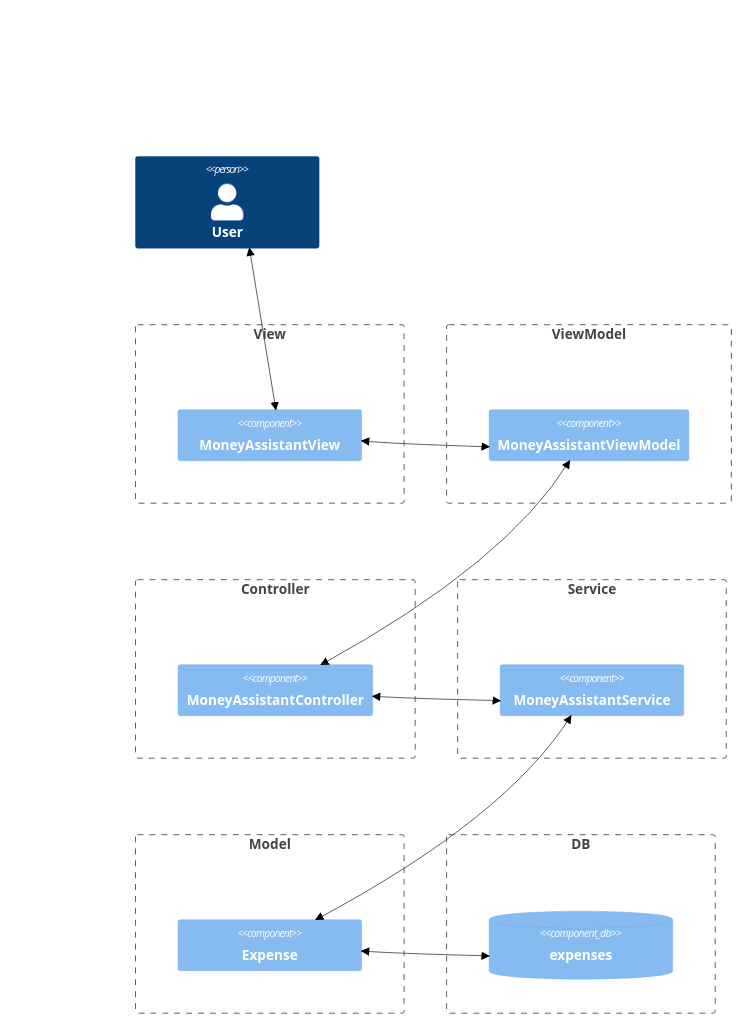
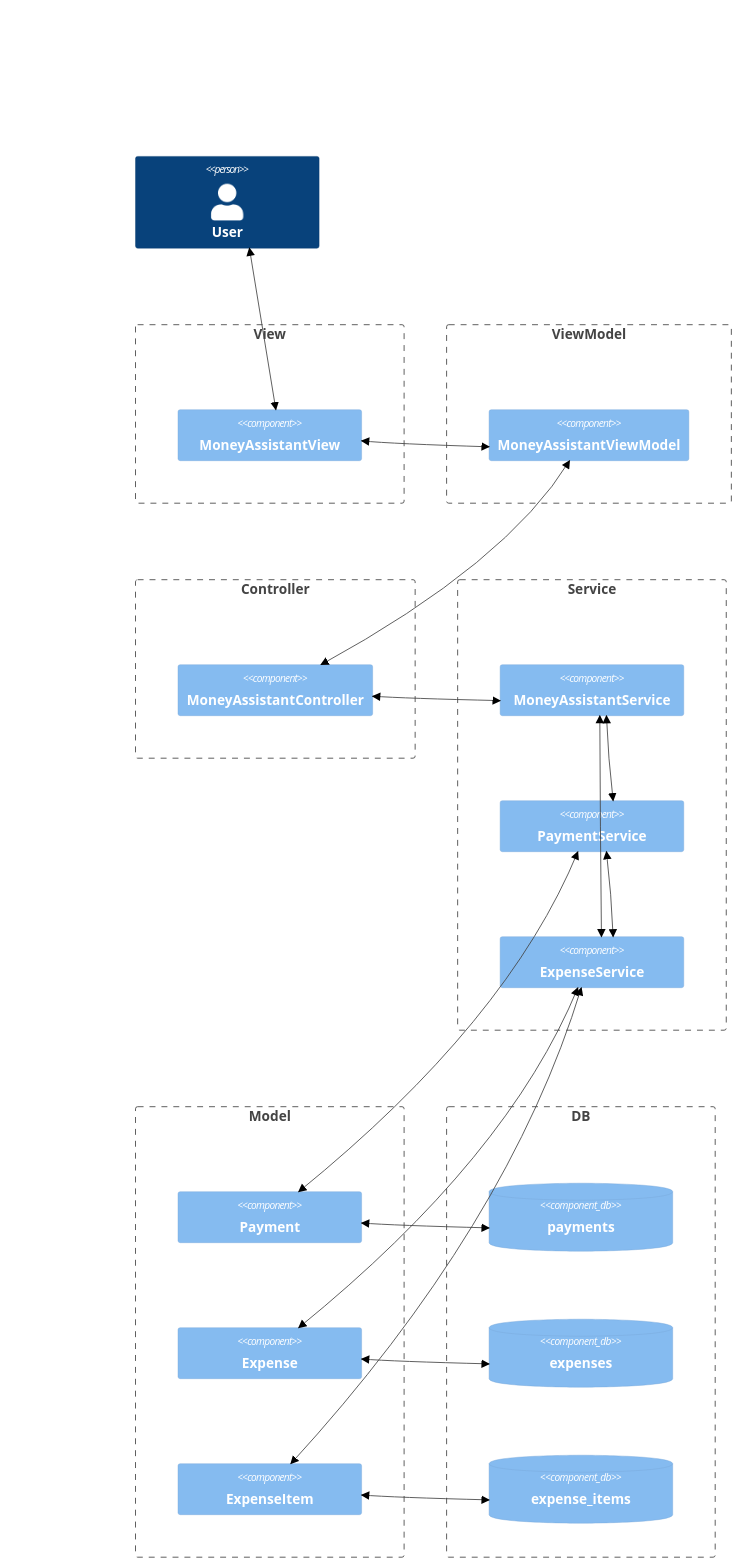
One commit to PONzu-0529/ponzu0529-niconico changed the second of 4 diagrams in Doc/MoneyAssistant.md. Above: the diagram before and after it, drawn with Mermaid (forest theme). The commit also changed other lines of this file, not shown here.

Commit message:
Update Document for MoneyAssistant #107

````diff
--- a/Doc/MoneyAssistant.md
+++ b/Doc/MoneyAssistant.md
@@ -43,35 +43,60 @@
 ```mermaid
 C4Context
   Person(user, "User", "")
 
   Boundary(view, "View", "") {
     Component(money_assistant_view, "MoneyAssistantView", "", "")
   }
 
   Boundary(view_model, "ViewModel", "") {
     Component(money_assistant_view_model, "MoneyAssistantViewModel", "", "")
   }
 
   Boundary(controller, "Controller", "") {
     Component(money_assistant_controller, "MoneyAssistantController", "", "")
   }
 
   Boundary(service, "Service", "") {
     Component(money_assistant_service, "MoneyAssistantService", "", "")
+
+    Component(payment_service, "PaymentService", "", "")
+
+    Component(expense_service, "ExpenseService", "", "")
   }
 
   Boundary(model, "Model", "") {
+    Component(model-payment, "Payment", "", "")
+
     Component(model-expense, "Expense", "", "")
+
+    Component(model-expense_item, "ExpenseItem", "", "")
   }
 
   Boundary(db, "DB", "") {
+    ComponentDb(db-payments, "payments", "", "")
+
     ComponentDb(db-expenses, "expenses", "", "")
+
+    ComponentDb(db-expense_items, "expense_items", "", "")
   }
 
   BiRel(user, money_assistant_view, "", "")
+
   BiRel(money_assistant_view, money_assistant_view_model, "", "")
+
   BiRel(money_assistant_view_model, money_assistant_controller, "", "")
+
   BiRel(money_assistant_controller, money_assistant_service, "", "")
-  BiRel(money_assistant_service, model-expense, "", "")
+
+  BiRel(money_assistant_service, expense_service, "", "")
+  BiRel(money_assistant_service, payment_service, "", "")
+  BiRel(expense_service, payment_service, "", "")
+
+  BiRel(payment_service, model-payment, "", "")
+  BiRel(expense_service, model-expense, "", "")
+  BiRel(expense_service, model-expense_item, "", "")
+
+  BiRel(model-payment, db-payments, "", "")
   BiRel(model-expense, db-expenses, "", "")
+  BiRel(model-expense_item, db-expense_items, "", "")
 ```
````
